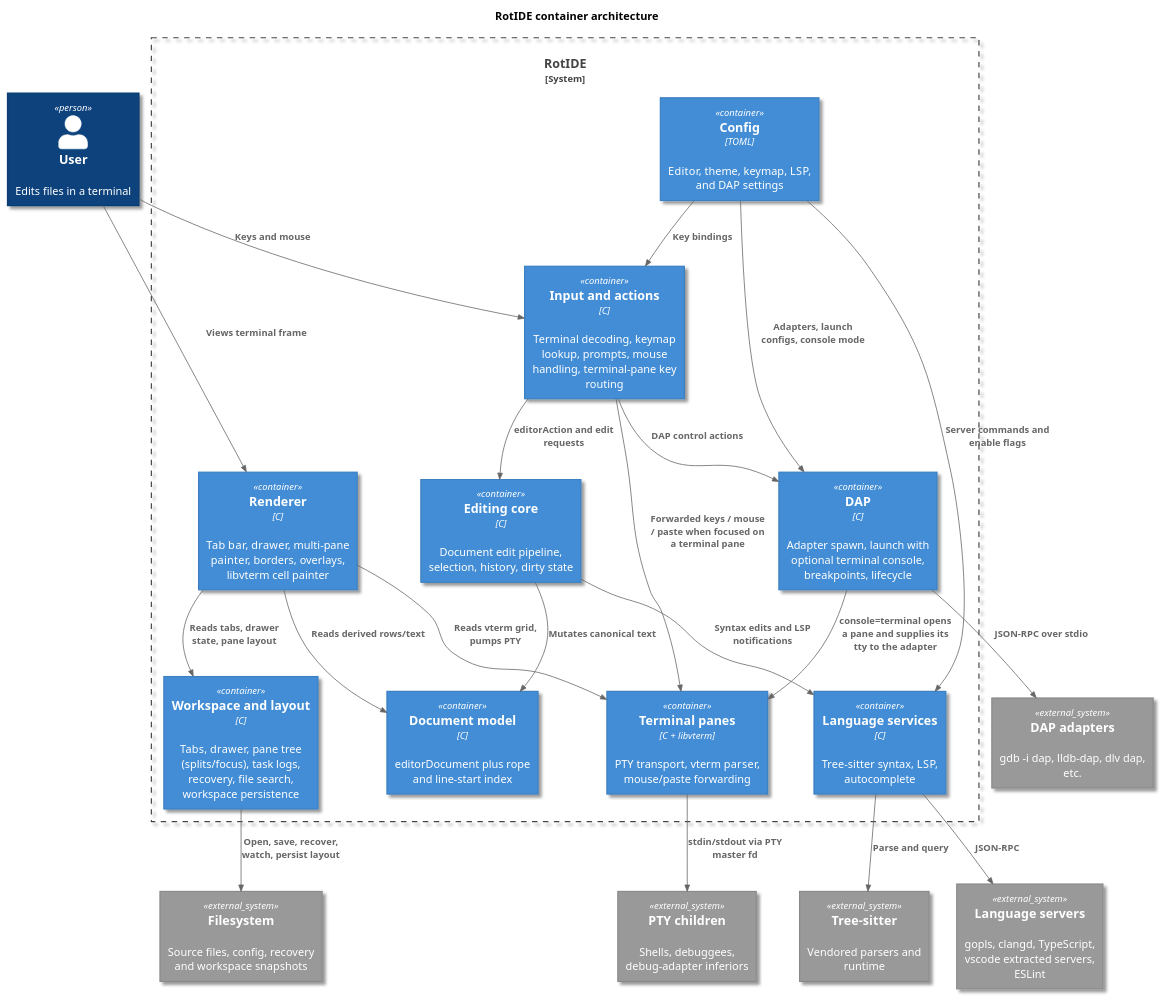
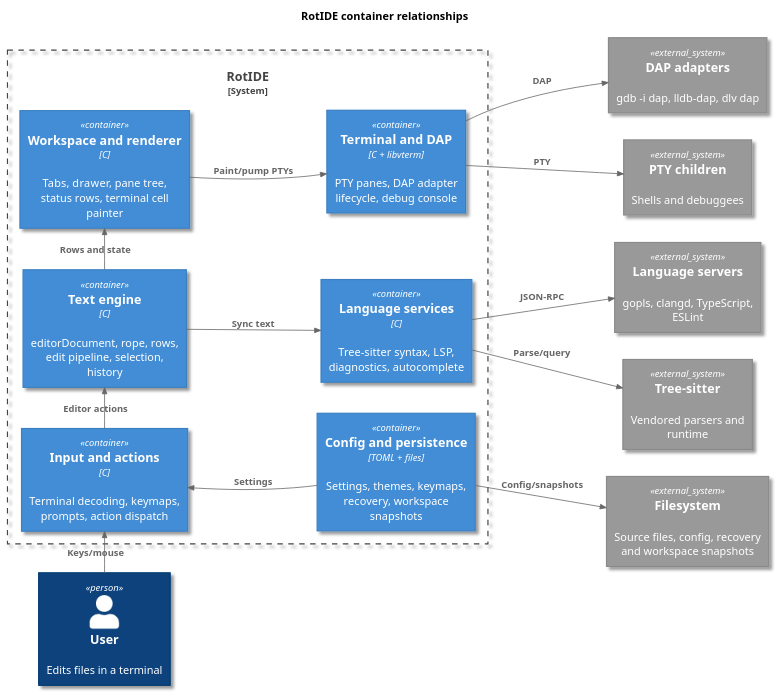
The diagram in docs/diagrams/src/architecture-container.puml (kokkoniemi/rotide), drawn with PlantUML before and after one commit. The commit also changed 2 other files, not shown here.

```diff
--- a/docs/diagrams/src/architecture-container.puml
+++ b/docs/diagrams/src/architecture-container.puml
@@ -1,47 +1,51 @@
 @startuml
 skin rose
 !include <C4/C4_Container>
 skinparam backgroundColor #FFFFFF
 
-title RotIDE container architecture
+LAYOUT_LEFT_RIGHT()
+title RotIDE container relationships
 
 Person(user, "User", "Edits files in a terminal")
+
 System_Boundary(rotide, "RotIDE") {
-	Container(input, "Input and actions", "C", "Terminal decoding, keymap lookup, prompts, mouse handling, terminal-pane key routing")
-	Container(editing, "Editing core", "C", "Document edit pipeline, selection, history, dirty state")
-	Container(document, "Document model", "C", "editorDocument plus rope and line-start index")
-	Container(render, "Renderer", "C", "Tab bar, drawer, multi-pane painter, borders, overlays, libvterm cell painter")
-	Container(workspace, "Workspace and layout", "C", "Tabs, drawer, pane tree (splits/focus), task logs, recovery, file search, workspace persistence")
-	Container(language, "Language services", "C", "Tree-sitter syntax, LSP, autocomplete")
-	Container(terminal, "Terminal panes", "C + libvterm", "PTY transport, vterm parser, mouse/paste forwarding")
-	Container(dap, "DAP", "C", "Adapter spawn, launch with optional terminal console, breakpoints, lifecycle")
-	Container(config, "Config", "TOML", "Editor, theme, keymap, LSP, and DAP settings")
+	Container(input, "Input and actions", "C", "Terminal decoding, keymaps, prompts, action dispatch")
+	Container(text, "Text engine", "C", "editorDocument, rope, rows, edit pipeline, selection, history")
+	Container(workspace, "Workspace and renderer", "C", "Tabs, drawer, pane tree, status rows, terminal cell painter")
+	Container(language, "Language services", "C", "Tree-sitter syntax, LSP, diagnostics, autocomplete")
+	Container(terminal, "Terminal and DAP", "C + libvterm", "PTY panes, DAP adapter lifecycle, debug console")
+	Container(config, "Config and persistence", "TOML + files", "Settings, themes, keymaps, recovery, workspace snapshots")
 }
 
 System_Ext(files, "Filesystem", "Source files, config, recovery and workspace snapshots")
 System_Ext(ts, "Tree-sitter", "Vendored parsers and runtime")
-System_Ext(lsp, "Language servers", "gopls, clangd, TypeScript, vscode extracted servers, ESLint")
-System_Ext(pty_children, "PTY children", "Shells, debuggees, debug-adapter inferiors")
-System_Ext(adapters, "DAP adapters", "gdb -i dap, lldb-dap, dlv dap, etc.")
+System_Ext(lsp, "Language servers", "gopls, clangd, TypeScript, ESLint")
+System_Ext(pty_children, "PTY children", "Shells and debuggees")
+System_Ext(adapters, "DAP adapters", "gdb -i dap, lldb-dap, dlv dap")
 
-Rel(user, input, "Keys and mouse")
-Rel(input, editing, "editorAction and edit requests")
-Rel(input, terminal, "Forwarded keys / mouse / paste when focused on a terminal pane")
-Rel(input, dap, "DAP control actions")
-Rel(editing, document, "Mutates canonical text")
-Rel(editing, language, "Syntax edits and LSP notifications")
-Rel(render, document, "Reads derived rows/text")
-Rel(render, workspace, "Reads tabs, drawer state, pane layout")
-Rel(render, terminal, "Reads vterm grid, pumps PTY")
-Rel(config, input, "Key bindings")
-Rel(config, language, "Server commands and enable flags")
-Rel(config, dap, "Adapters, launch configs, console mode")
-Rel(workspace, files, "Open, save, recover, watch, persist layout")
-Rel(language, ts, "Parse and query")
-Rel(language, lsp, "JSON-RPC")
-Rel(terminal, pty_children, "stdin/stdout via PTY master fd")
-Rel(dap, adapters, "JSON-RPC over stdio")
-Rel(dap, terminal, "console=terminal opens a pane and supplies its tty to the adapter")
-Rel(user, render, "Views terminal frame")
+Rel_R(user, input, "Keys/mouse")
+Rel_R(config, input, "Settings")
+Rel_R(input, text, "Editor actions")
+Rel_R(text, workspace, "Rows and state")
+Rel_D(text, language, "Sync text")
+Rel_D(workspace, terminal, "Paint/pump PTYs")
+
+Rel_D(config, files, "Config/snapshots")
+Rel_D(language, ts, "Parse/query")
+Rel_D(language, lsp, "JSON-RPC")
+Rel_D(terminal, pty_children, "PTY")
+Rel_D(terminal, adapters, "DAP")
+
+Lay_L(user, input)
+Lay_U(config, input)
+Lay_R(input, text)
+Lay_R(text, workspace)
+Lay_D(text, language)
+Lay_D(workspace, terminal)
+Lay_D(config, files)
+Lay_D(language, ts)
+Lay_D(language, lsp)
+Lay_D(terminal, pty_children)
+Lay_D(terminal, adapters)
 
 @enduml
```
